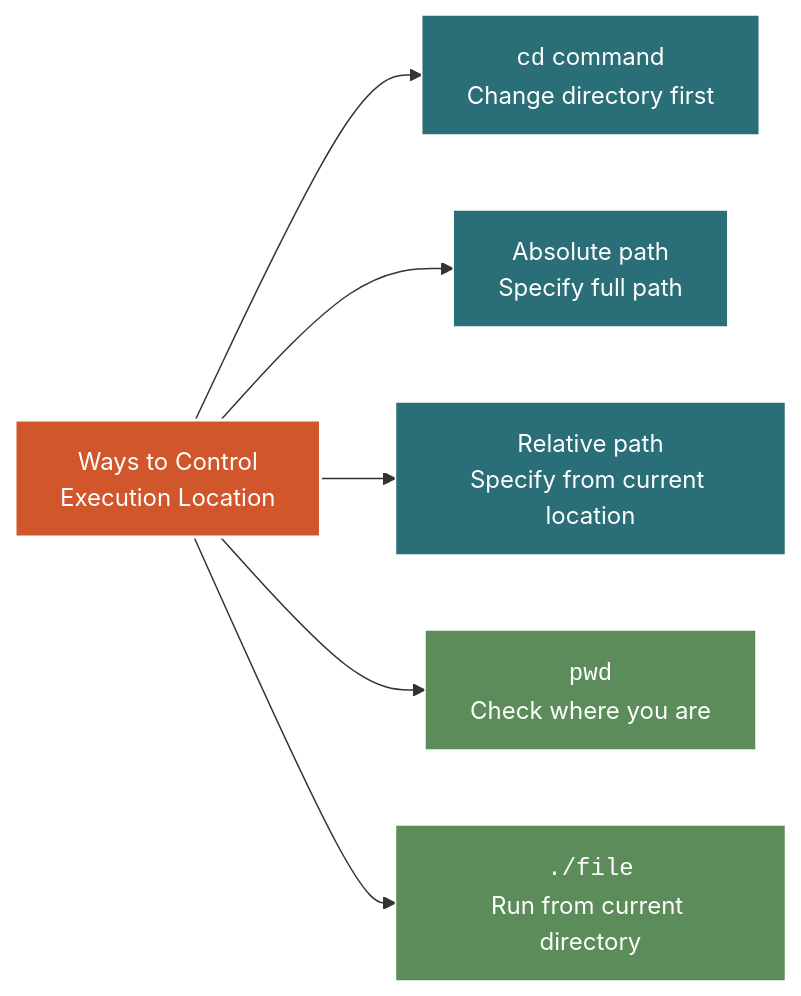
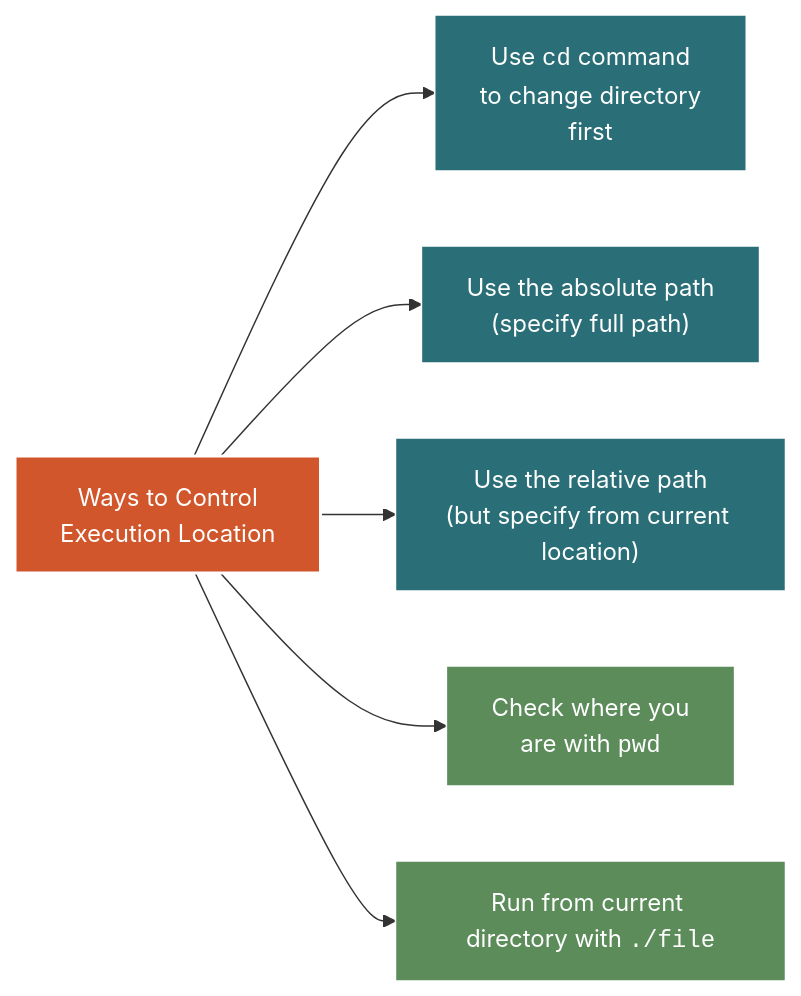
The third of 4 diagrams in lab09.qmd (mjfrigaard/do4ds-labs), drawn with Mermaid before and after one commit. The commit also changed other lines of this file and 8 other files, not shown here.

````diff
--- a/lab09.qmd
+++ b/lab09.qmd
@@ -103,28 +109,28 @@
 ```{mermaid}
 %%| fig-cap: 'Ways to Control Execution Location'
 %%| fig-width: 8.0
 %%| fig-align: 'center'
 %%{init: {'theme': 'base', 'themeVariables': {'fontFamily': 'monospace'}}}}%%
 
 graph LR
     Control["Ways to Control<br>Execution Location"]
 
-    CD["<code>cd</code> command<br/>Change directory first"]
-    ABS["Absolute path<br/>Specify full path"]
-    REL["Relative path<br/>Specify from current location"]
-    PWD["<code>pwd</code><br/>Check where you are"]
-    Dot["<code>./file</code><br/>Run from current directory"]
+    CD["Use <code>cd</code> command<br/>to change directory<br>first"]
+    ABS["Use the absolute path<br/>(specify full path)"]
+    REL["Use the relative path<br/>(but specify from current location)"]
+    PWD["Check where you<br>are with <code>pwd</code>"]
+    Dot["Run from current directory with <code>./file</code>"]
 
     Control --> CD
     Control --> ABS
     Control --> REL
     Control --> PWD
     Control --> Dot
 
     style Control fill:#d2562b,stroke:#fff,stroke-width:2px,color:#fff
     style CD fill:#2a6f77,stroke:#fff,stroke-width:1px,color:#fff
     style ABS fill:#2a6f77,stroke:#fff,stroke-width:1px,color:#fff
     style REL fill:#2a6f77,stroke:#fff,stroke-width:1px,color:#fff
     style PWD fill:#5b8c5a,stroke:#fff,stroke-width:1px,color:#fff
     style Dot fill:#5b8c5a,stroke:#fff,stroke-width:1px,color:#fff
 ```
````
